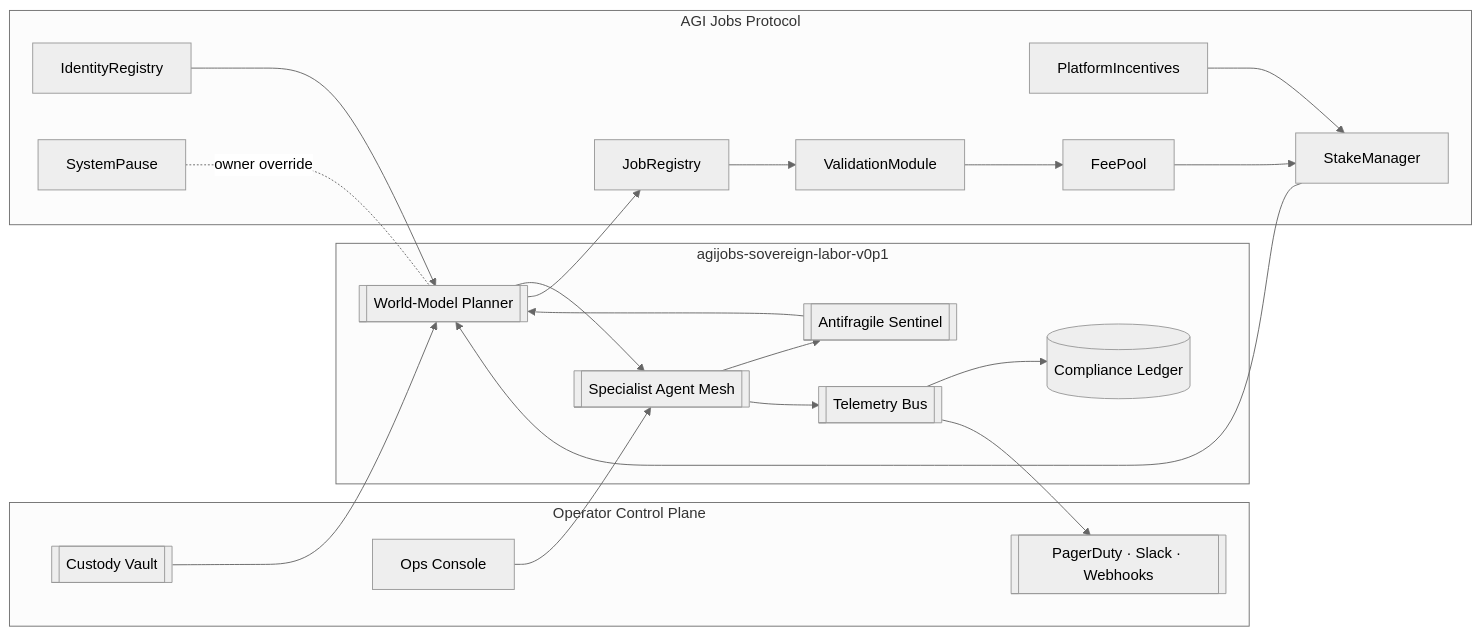
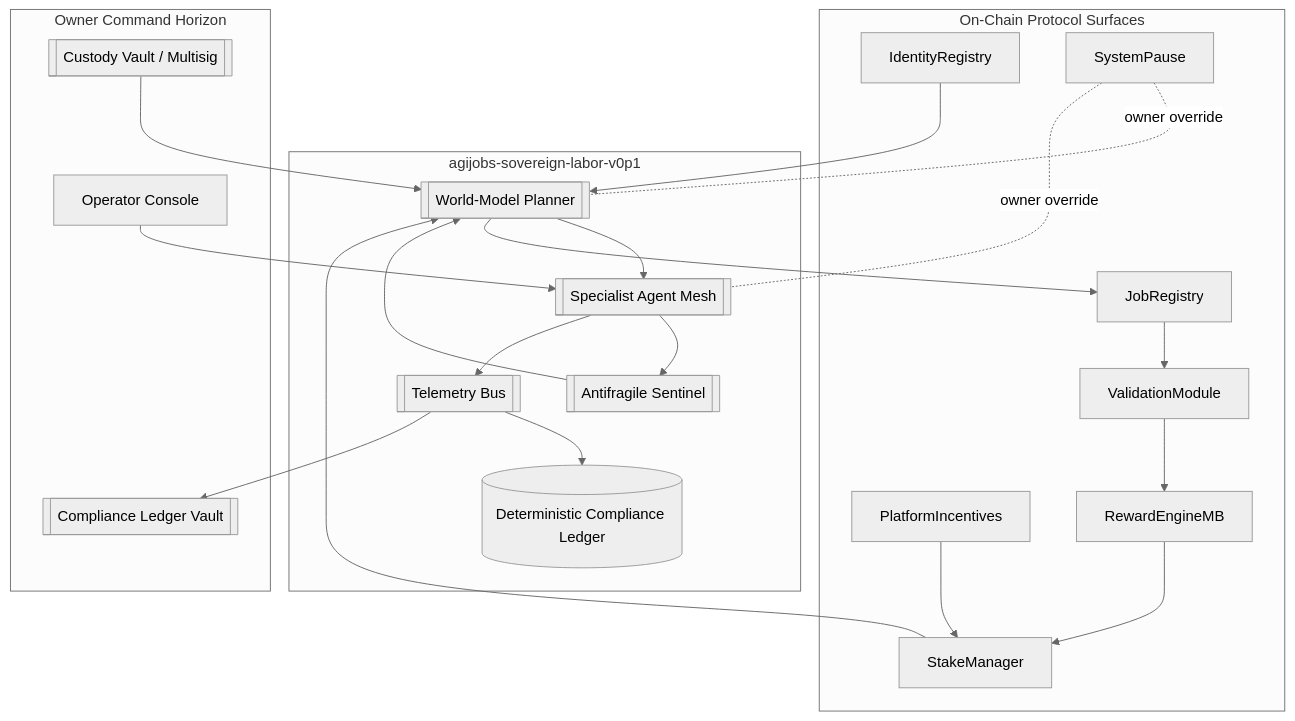
One commit to MontrealAI/AGI-Alpha-Node-v0 changed the first of 2 diagrams in README.md. Above: the diagram before and after it, drawn with Mermaid (neutral theme). The commit also changed other lines of this file and 1 other file, not shown here.

````diff
--- a/README.md
+++ b/README.md
@@ -99,43 +88,44 @@
 ```mermaid
-flowchart LR
-  subgraph OperatorEdge[Operator Control Plane]
-    Vault[[Custody Vault]]
-    Console[Ops Console]
-    Alerts[[PagerDuty · Slack · Webhooks]]
+flowchart TB
+  subgraph OwnerEdge[Owner Command Horizon]
+    Vault[[Custody Vault / Multisig]]
+    Console[Operator Console]
+    Evidence[[Compliance Ledger Vault]]
   end
 
-  subgraph SovereignNode[agijobs-sovereign-labor-v0p1]
+  subgraph CognitiveCore[agijobs-sovereign-labor-v0p1]
     Planner[[World-Model Planner]]
     Mesh[[Specialist Agent Mesh]]
     Sentinel[[Antifragile Sentinel]]
-    Ledger[(Compliance Ledger)]
+    Ledger[(Deterministic Compliance Ledger)]
     Telemetry[[Telemetry Bus]]
   end
 
-  subgraph ProtocolCore[AGI Jobs Protocol]
+  subgraph ProtocolField[On-Chain Protocol Surfaces]
     IdentityRegistry
     StakeManager
     PlatformIncentives
     JobRegistry
     ValidationModule
-    FeePool
+    RewardEngineMB
     SystemPause
   end
 
   Vault --> Planner
   Console --> Mesh
   Planner --> Mesh
   Mesh --> Sentinel
   Sentinel --> Planner
   Mesh --> Telemetry
   Telemetry --> Ledger
-  Telemetry --> Alerts
+  Telemetry --> Evidence
   Planner --> JobRegistry
   IdentityRegistry --> Planner
   StakeManager --> Planner
   PlatformIncentives --> StakeManager
   JobRegistry --> ValidationModule
-  ValidationModule --> FeePool
-  FeePool --> StakeManager
+  ValidationModule --> RewardEngineMB
+  RewardEngineMB --> StakeManager
   SystemPause -. owner override .- Planner
+  SystemPause -. owner override .- Mesh
 ```
````
